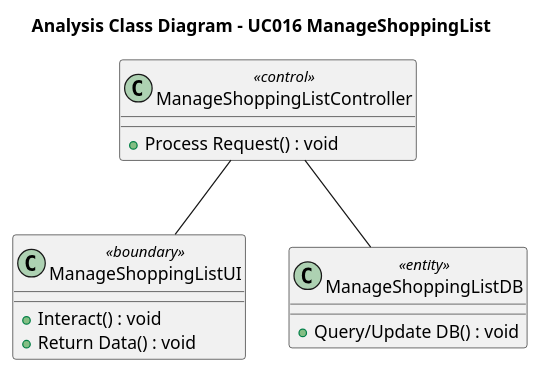
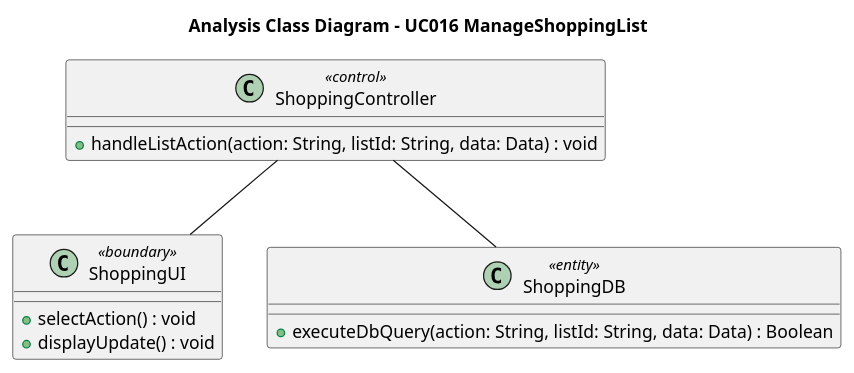
Before and after one commit to Alt2210/NaviMart: the diagram in diagrams/Module_3_ShoppingList/UC016_Xem,_Sửa_tên,_Xóa_danh_sách_mua_sắm_Analysis.puml, drawn with PlantUML. The commit also changed 63 other files, not shown here.

```diff
--- a/diagrams/Module_3_ShoppingList/UC016_Xem,_Sửa_tên,_Xóa_danh_sách_mua_sắm_Analysis.puml
+++ b/diagrams/Module_3_ShoppingList/UC016_Xem,_Sửa_tên,_Xóa_danh_sách_mua_sắm_Analysis.puml
@@ -1,17 +1,17 @@
 @startuml
 title Analysis Class Diagram - UC016 ManageShoppingList
 
-class "ManageShoppingListUI" as UI <<boundary>> {
-  + Interact() : void
-  + Return Data() : void
+class "ShoppingUI" as UI <<boundary>> {
+  + selectAction() : void
+  + displayUpdate() : void
 }
-class "ManageShoppingListController" as Controller <<control>> {
-  + Process Request() : void
+class "ShoppingController" as Controller <<control>> {
+  + handleListAction(action: String, listId: String, data: Data) : void
 }
-class "ManageShoppingListDB" as Entity <<entity>> {
-  + Query/Update DB() : void
+class "ShoppingDB" as Entity <<entity>> {
+  + executeDbQuery(action: String, listId: String, data: Data) : Boolean
 }
 
 Controller -- UI
 Controller -- Entity
 @enduml
```
